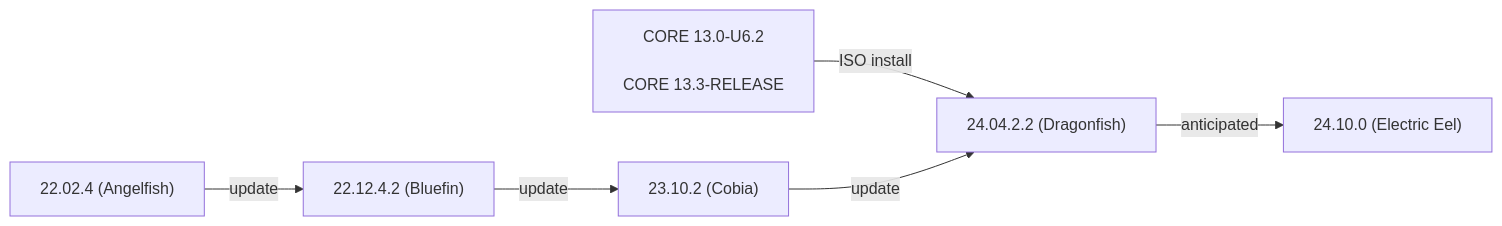
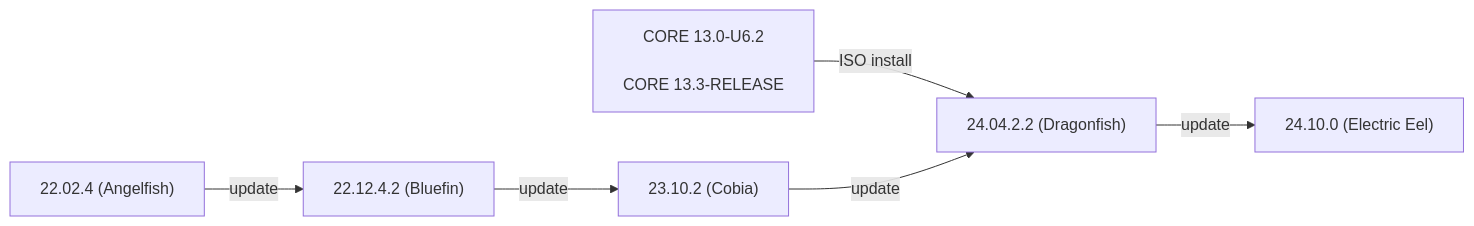
Before and after one commit to truenas/documentation: the first of 2 diagrams in static/includes/SCALEUpgradePaths.md, drawn with Mermaid. The commit also changed other lines of this file, not shown here.

```diff
--- a/static/includes/SCALEUpgradePaths.md
+++ b/static/includes/SCALEUpgradePaths.md
@@ -49,9 +49,9 @@
           {{< mermaid class="mermaid_sizing" >}}
           flowchart LR
             A["22.02.4 (Angelfish)"] -->|update| C
             B["CORE 13.0-U6.2<br><br>CORE 13.3-RELEASE"] -->|ISO install| E
             C["22.12.4.2 (Bluefin)"] -->|update| D
             D["23.10.2 (Cobia)"] -->|update| E
-            E["24.04.2.2 (Dragonfish)"] -->|anticipated| H
+            E["24.04.2.2 (Dragonfish)"] -->|update| H
             H["24.10.0 (Electric Eel)"]
           {{< /mermaid >}}
```
